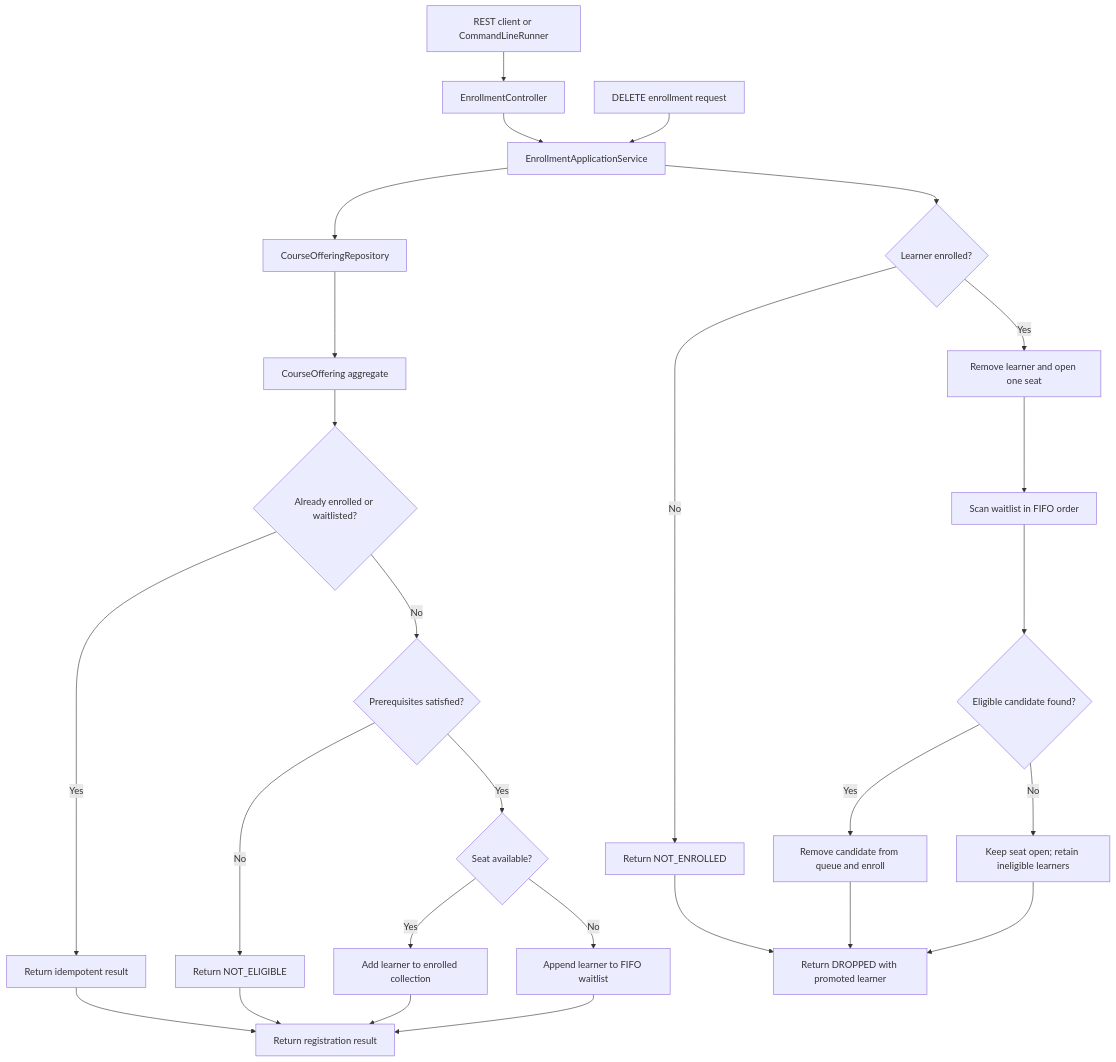
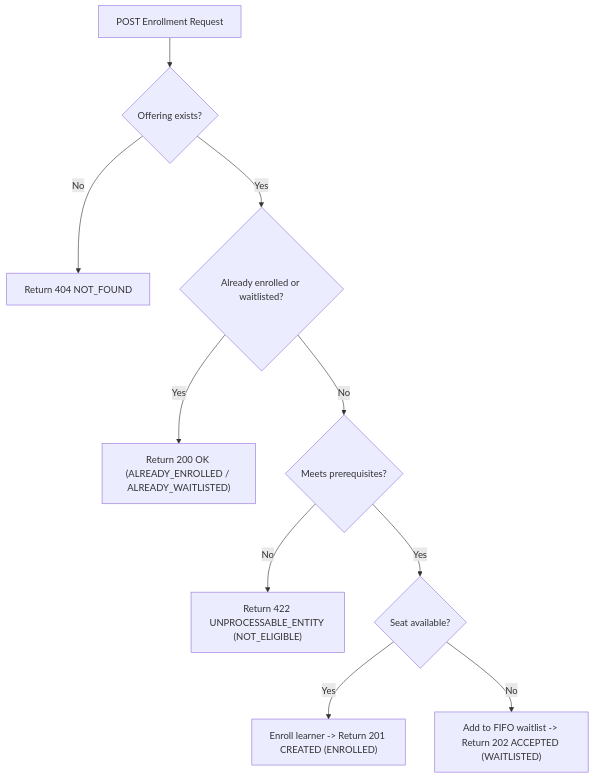
Before and after one commit to Rishwanth99/AI_Assisted_Course_Registration: the first of 3 diagrams in docs/DESIGN.md, drawn with Mermaid. The commit also changed other lines of this file, not shown here.

Commit message:
feat: update endpoint flows for enrollment and drop processes with detailed mermaid diagrams

````diff
--- a/docs/DESIGN.md
+++ b/docs/DESIGN.md
@@ -9,31 +11,12 @@
 ```mermaid
 flowchart TD
-    Client[REST client or CommandLineRunner] --> Controller[EnrollmentController]
-    Controller --> Service[EnrollmentApplicationService]
-    Service --> Repository[CourseOfferingRepository]
-    Repository --> Offering[CourseOffering aggregate]
-
-    Offering --> Duplicate{Already enrolled or waitlisted?}
-    Duplicate -->|Yes| Existing[Return idempotent result]
-    Duplicate -->|No| Eligibility{Prerequisites satisfied?}
-    Eligibility -->|No| Ineligible[Return NOT_ELIGIBLE]
-    Eligibility -->|Yes| Capacity{Seat available?}
-    Capacity -->|Yes| Enroll[Add learner to enrolled collection]
-    Capacity -->|No| Waitlist[Append learner to FIFO waitlist]
-    Enroll --> Result[Return registration result]
-    Waitlist --> Result
-    Existing --> Result
-    Ineligible --> Result
-
-    Drop[DELETE enrollment request] --> Service
-    Service --> Remove{Learner enrolled?}
-    Remove -->|No| NotEnrolled[Return NOT_ENROLLED]
-    Remove -->|Yes| OpenSeat[Remove learner and open one seat]
-    OpenSeat --> Scan[Scan waitlist in FIFO order]
-    Scan --> EligibleCandidate{Eligible candidate found?}
-    EligibleCandidate -->|Yes| Promote[Remove candidate from queue and enroll]
-    EligibleCandidate -->|No| EmptySeat[Keep seat open; retain ineligible learners]
-    Promote --> DropResult[Return DROPPED with promoted learner]
-    EmptySeat --> DropResult
-    NotEnrolled --> DropResult
+    Request["POST Enrollment Request"] --> Lookup{"Offering exists?"}
+    Lookup -->|No| NotFound["Return 404 NOT_FOUND"]
+    Lookup -->|Yes| Duplicate{"Already enrolled or waitlisted?"}
+    Duplicate -->|Yes| Existing["Return 200 OK (ALREADY_ENROLLED / ALREADY_WAITLISTED)"]
+    Duplicate -->|No| Eligible{"Meets prerequisites?"}
+    Eligible -->|No| Ineligible["Return 422 UNPROCESSABLE_ENTITY (NOT_ELIGIBLE)"]
+    Eligible -->|Yes| Seat{"Seat available?"}
+    Seat -->|Yes| Enroll["Enroll learner -> Return 201 CREATED (ENROLLED)"]
+    Seat -->|No| Waitlist["Add to FIFO waitlist -> Return 202 ACCEPTED (WAITLISTED)"]
 ```
````
